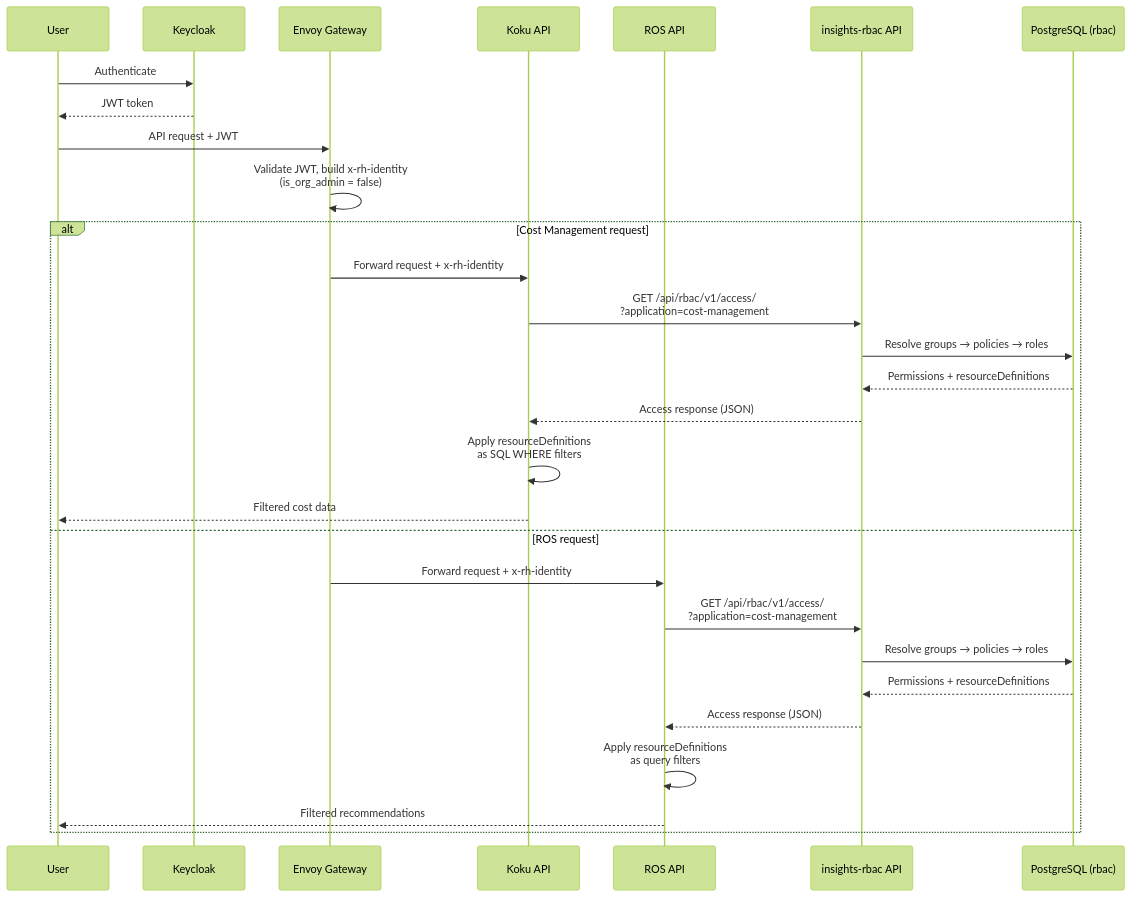
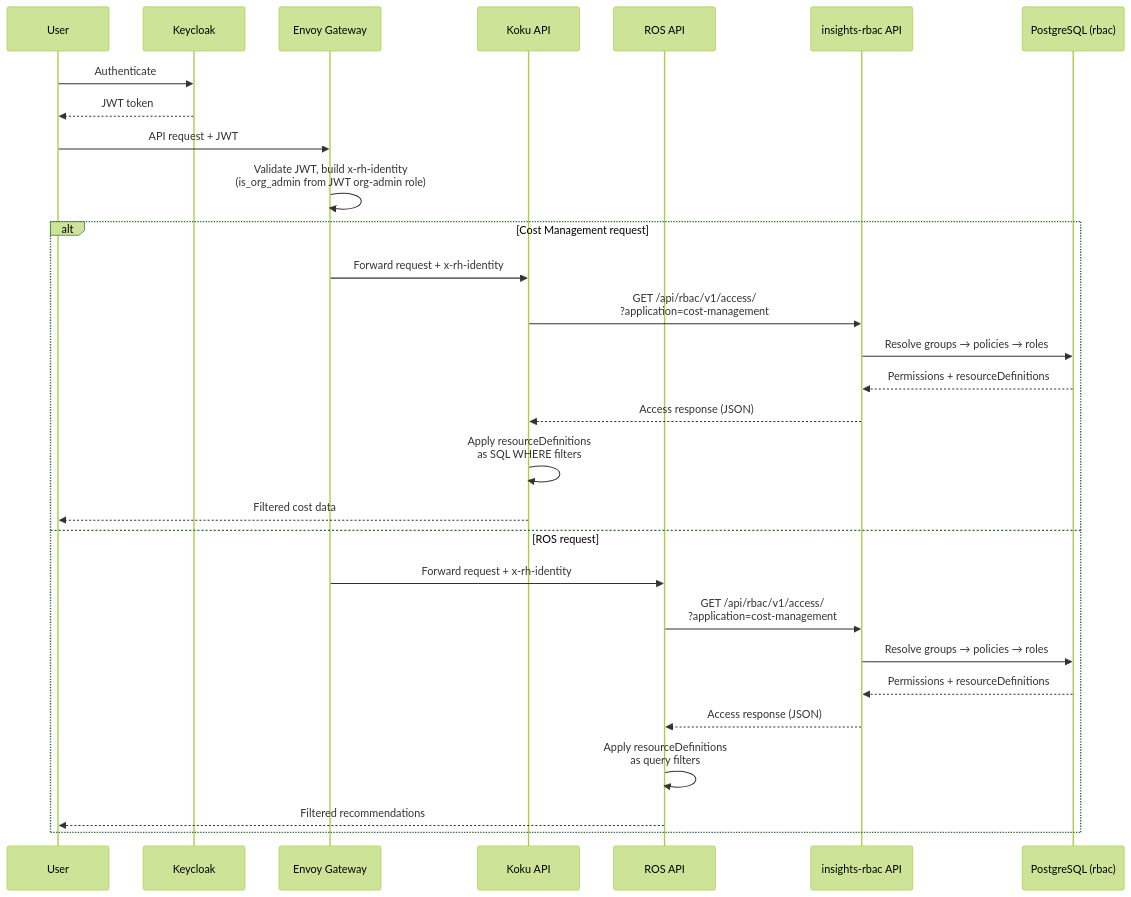
Before and after one commit to insights-onprem/cost-onprem-chart: the first of 7 diagrams in docs/operations/rbac-setup.md, drawn with Mermaid (forest theme). The commit also changed other lines of this file and 1 other file, not shown here.

First line of the commit message:
docs: fix is_org_admin documentation to match dynamic JWT derivation

````diff
--- a/docs/operations/rbac-setup.md
+++ b/docs/operations/rbac-setup.md
@@ -50,32 +50,32 @@
 ```mermaid
 sequenceDiagram
     participant U as User
     participant KC as Keycloak
     participant GW as Envoy Gateway
     participant K as Koku API
     participant ROS as ROS API
     participant R as insights-rbac API
     participant DB as PostgreSQL (rbac)
 
     U->>KC: Authenticate
     KC-->>U: JWT token
     U->>GW: API request + JWT
-    GW->>GW: Validate JWT, build x-rh-identity<br/>(is_org_admin = false)
+    GW->>GW: Validate JWT, build x-rh-identity<br/>(is_org_admin from JWT org-admin role)
     alt Cost Management request
         GW->>K: Forward request + x-rh-identity
         K->>R: GET /api/rbac/v1/access/<br/>?application=cost-management
         R->>DB: Resolve groups → policies → roles
         DB-->>R: Permissions + resourceDefinitions
         R-->>K: Access response (JSON)
         K->>K: Apply resourceDefinitions<br/>as SQL WHERE filters
         K-->>U: Filtered cost data
     else ROS request
         GW->>ROS: Forward request + x-rh-identity
         ROS->>R: GET /api/rbac/v1/access/<br/>?application=cost-management
         R->>DB: Resolve groups → policies → roles
         DB-->>R: Permissions + resourceDefinitions
         R-->>ROS: Access response (JSON)
         ROS->>ROS: Apply resourceDefinitions<br/>as query filters
         ROS-->>U: Filtered recommendations
     end
 ```
````
